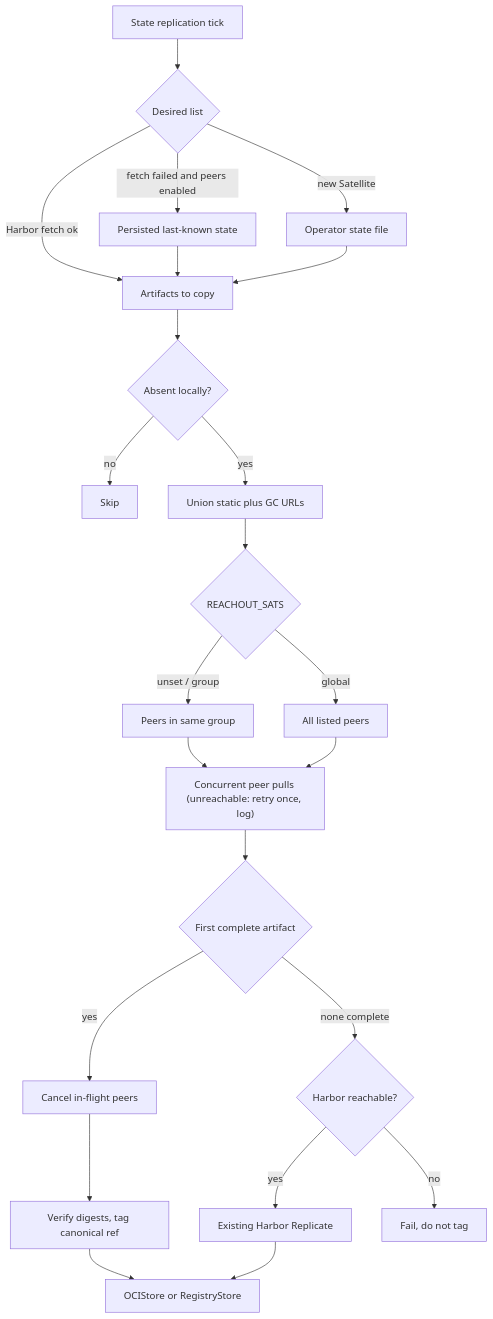
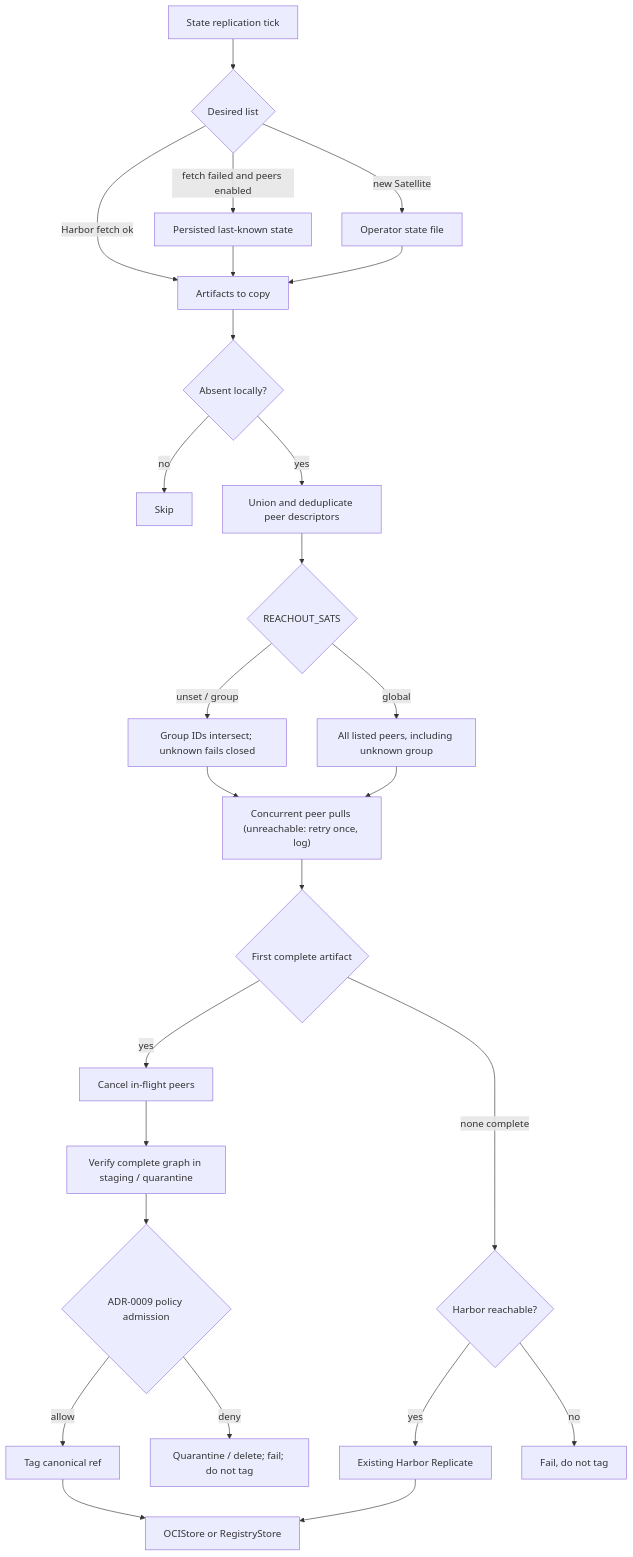
The first of 2 diagrams in docs/decisions/0010-peer-to-peer-distribution.md (container-registry/harbor-satellite), drawn with Mermaid before and after one commit. The commit also changed other lines of this file, not shown here.

Commit message:
docs: tighten ADR-0010 peer trust and selection

````diff
--- a/docs/decisions/0010-peer-to-peer-distribution.md
+++ b/docs/decisions/0010-peer-to-peer-distribution.md
@@ -208,32 +239,35 @@
 ```mermaid
 flowchart TB
     tick[State replication tick]
     list{Desired list}
 
     tick --> list
 
     list -->|Harbor fetch ok| artifacts[Artifacts to copy]
     list -->|fetch failed and peers enabled| persisted[Persisted last-known state]
     list -->|new Satellite| localFile[Operator state file]
     persisted --> artifacts
     localFile --> artifacts
 
     artifacts --> missing{Absent locally?}
     missing -->|no| skip[Skip]
-    missing -->|yes| roster[Union static plus GC URLs]
+    missing -->|yes| roster[Union and deduplicate peer descriptors]
     roster --> scope{REACHOUT_SATS}
-    scope -->|unset / group| group[Peers in same group]
-    scope -->|global| all[All listed peers]
+    scope -->|unset / group| group["Group IDs intersect; unknown fails closed"]
+    scope -->|global| all[All listed peers, including unknown group]
     group --> probe["Concurrent peer pulls (unreachable: retry once, log)"]
     all --> probe
 
     probe --> hit{First complete artifact}
     hit -->|yes| cancel[Cancel in-flight peers]
-    cancel --> copyPeer["Verify digests, tag canonical ref"]
+    cancel --> copyPeer["Verify complete graph in staging / quarantine"]
+    copyPeer --> admit{ADR-0009 policy admission}
+    admit -->|allow| publish[Tag canonical ref]
+    admit -->|deny| reject["Quarantine / delete; fail; do not tag"]
     hit -->|none complete| online{Harbor reachable?}
     online -->|yes| harbor[Existing Harbor Replicate]
     online -->|no| fail[Fail, do not tag]
 
-    copyPeer --> store[OCIStore or RegistryStore]
+    publish --> store[OCIStore or RegistryStore]
     harbor --> store
 ```
````
